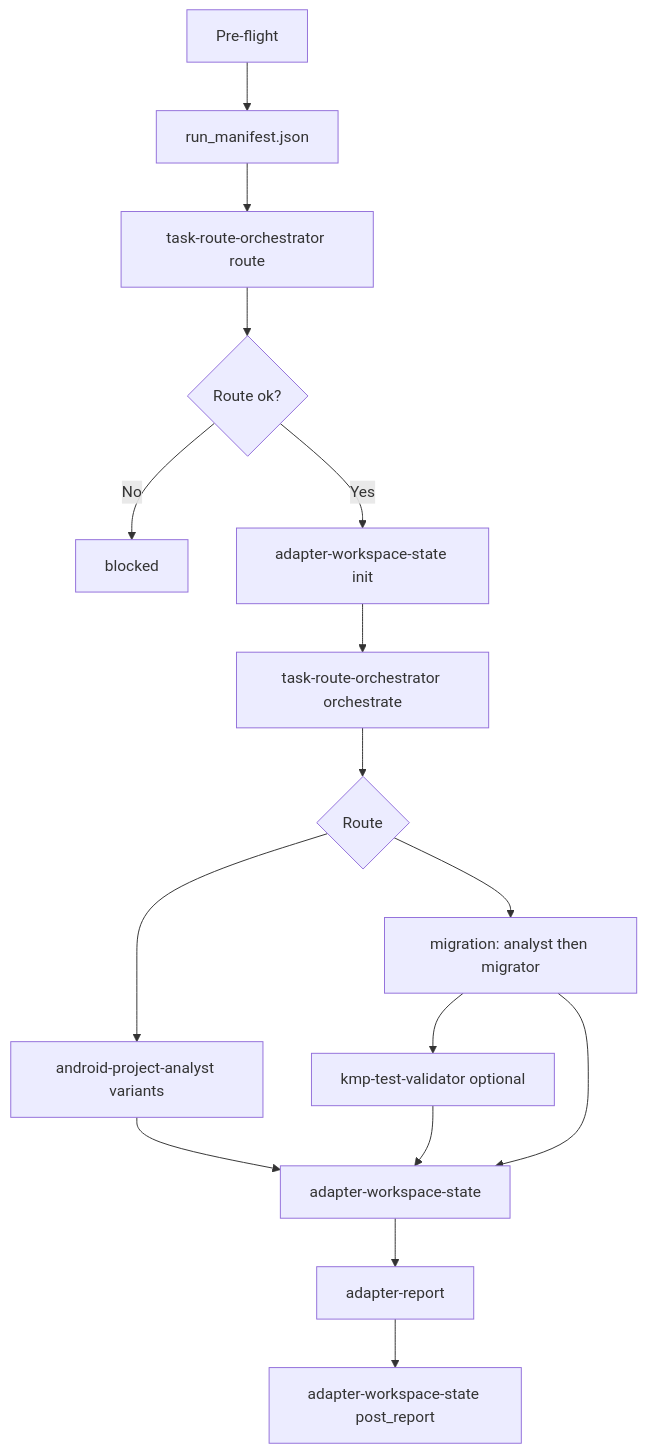
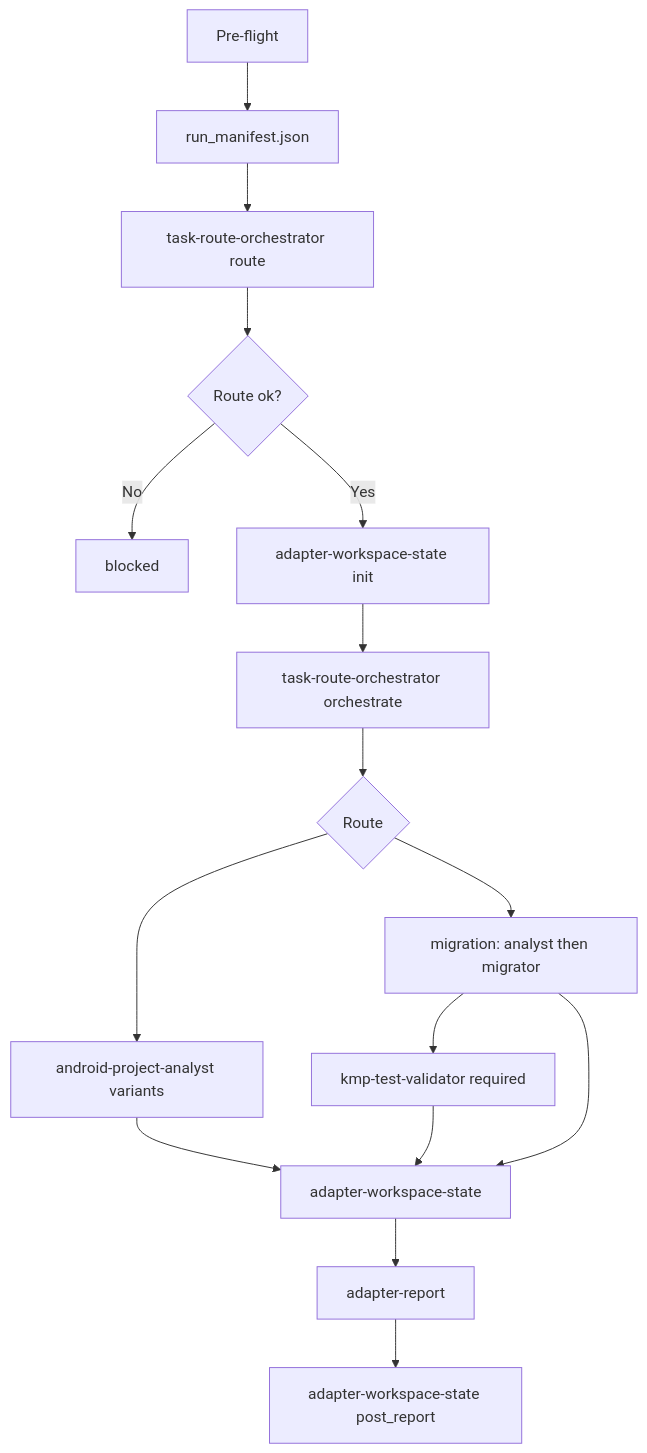
One commit to winson-AI/CodeAgent-exp changed the diagram in claude-code-plugins/kmp-migration/skills/migration-task-adapter/workflow.md. Above: the diagram before and after it, drawn with Mermaid. The commit also changed other lines of this file and 18 other files, not shown here.

````diff
--- a/claude-code-plugins/kmp-migration/skills/migration-task-adapter/workflow.md
+++ b/claude-code-plugins/kmp-migration/skills/migration-task-adapter/workflow.md
@@ -9,18 +9,18 @@
 ```mermaid
 graph TD
   L0[Pre-flight] --> ROOT[run_manifest.json]
   ROOT --> TRO_R[task-route-orchestrator route]
   TRO_R --> G0{Route ok?}
   G0 -- No --> STOP[blocked]
   G0 -- Yes --> WS0[adapter-workspace-state init]
   WS0 --> TRO_O[task-route-orchestrator orchestrate]
   TRO_O --> G1{Route}
   G1 --> APA[android-project-analyst variants]
   G1 --> MIG[migration: analyst then migrator]
-  MIG --> KV[kmp-test-validator optional]
+  MIG --> KV[kmp-test-validator required]
   APA --> WS1[adapter-workspace-state]
   KV --> WS1
   MIG --> WS1
   WS1 --> AR[adapter-report]
   AR --> WS2[adapter-workspace-state post_report]
 ```
````
